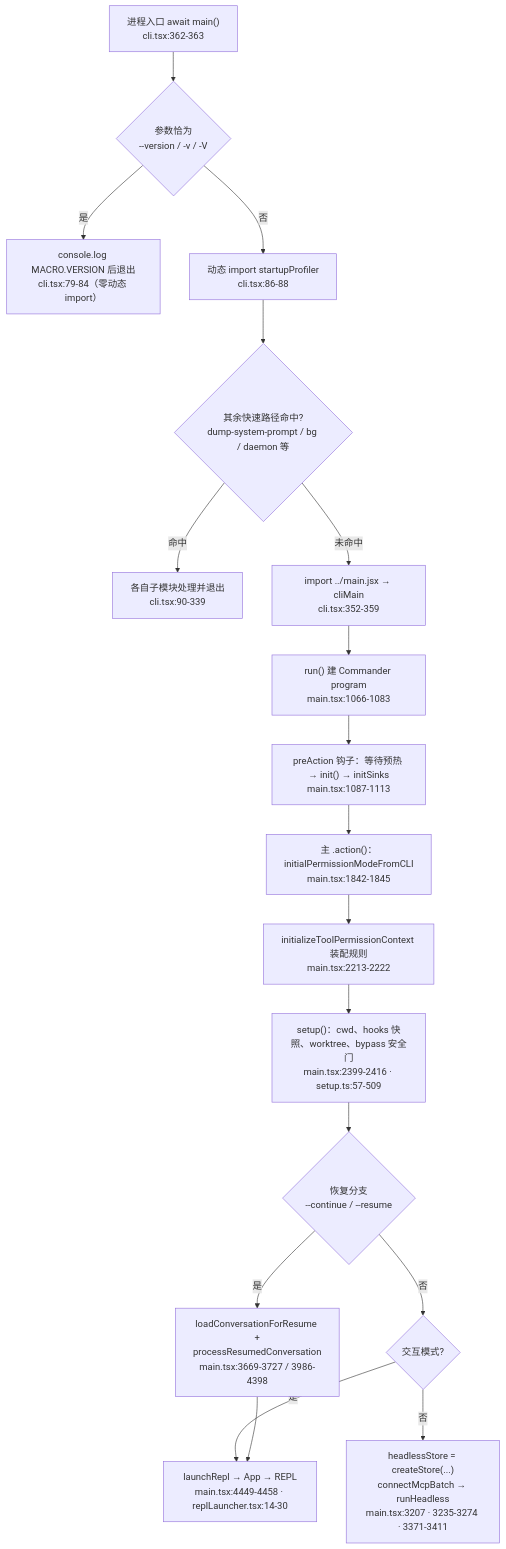
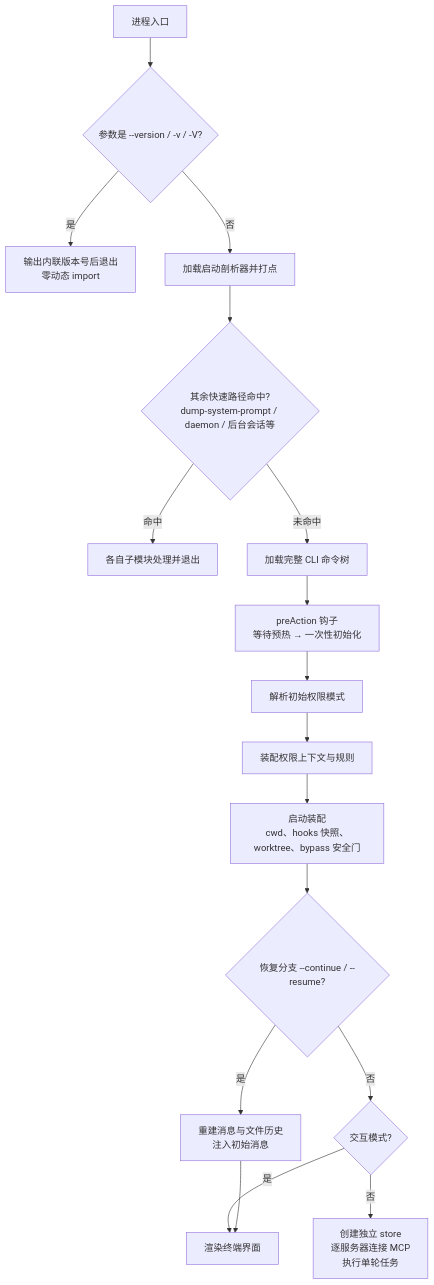
Before and after one commit to c926694/obsidian_note: the second of 4 diagrams in agent/learn-cc/harness.md, drawn with Mermaid. The commit also changed other lines of this file and 6 other files, not shown here.

````diff
--- a/agent/learn-cc/harness.md
+++ b/agent/learn-cc/harness.md
@@ -117,20 +194,19 @@
 ```mermaid
 flowchart TD
-    A["进程入口 await main()<br/>cli.tsx:362-363"] --> B{"参数恰为<br/>--version / -v / -V"}
-    B -->|"是"| C["console.log MACRO.VERSION 后退出<br/>cli.tsx:79-84（零动态 import）"]
-    B -->|"否"| D["动态 import startupProfiler<br/>cli.tsx:86-88"]
-    D --> E{"其余快速路径命中?<br/>dump-system-prompt / bg / daemon 等"}
-    E -->|"命中"| F["各自子模块处理并退出<br/>cli.tsx:90-339"]
-    E -->|"未命中"| G["import ../main.jsx → cliMain<br/>cli.tsx:352-359"]
-    G --> H["run() 建 Commander program<br/>main.tsx:1066-1083"]
-    H --> I["preAction 钩子：等待预热 → init() → initSinks<br/>main.tsx:1087-1113"]
-    I --> J["主 .action()：initialPermissionModeFromCLI<br/>main.tsx:1842-1845"]
-    J --> K["initializeToolPermissionContext 装配规则<br/>main.tsx:2213-2222"]
-    K --> L["setup()：cwd、hooks 快照、worktree、bypass 安全门<br/>main.tsx:2399-2416 · setup.ts:57-509"]
-    L --> M{"恢复分支<br/>--continue / --resume"}
-    M -->|"是"| N["loadConversationForResume +<br/>processResumedConversation<br/>main.tsx:3669-3727 / 3986-4398"]
-    M -->|"否"| O{"交互模式?"}
-    O -->|"否"| P["headlessStore = createStore(...)<br/>connectMcpBatch → runHeadless<br/>main.tsx:3207 · 3235-3274 · 3371-3411"]
-    O -->|"是"| Q["launchRepl → App → REPL<br/>main.tsx:4449-4458 · replLauncher.tsx:14-30"]
-    N --> Q
+    A["进程入口"] --> B{"参数是 --version / -v / -V?"}
+    B -->|"是"| C["输出内联版本号后退出<br/>零动态 import"]
+    B -->|"否"| D["加载启动剖析器并打点"]
+    D --> E{"其余快速路径命中?<br/>dump-system-prompt / daemon / 后台会话等"}
+    E -->|"命中"| F["各自子模块处理并退出"]
+    E -->|"未命中"| G["加载完整 CLI 命令树"]
+    G --> H["preAction 钩子<br/>等待预热 → 一次性初始化"]
+    H --> I["解析初始权限模式"]
+    I --> J["装配权限上下文与规则"]
+    J --> K["启动装配<br/>cwd、hooks 快照、worktree、bypass 安全门"]
+    K --> L{"恢复分支 --continue / --resume?"}
+    L -->|"是"| M["重建消息与文件历史<br/>注入初始消息"]
+    L -->|"否"| N{"交互模式?"}
+    N -->|"否"| O["创建独立 store<br/>逐服务器连接 MCP<br/>执行单轮任务"]
+    N -->|"是"| P["渲染终端界面"]
+    M --> P
 ```
````
